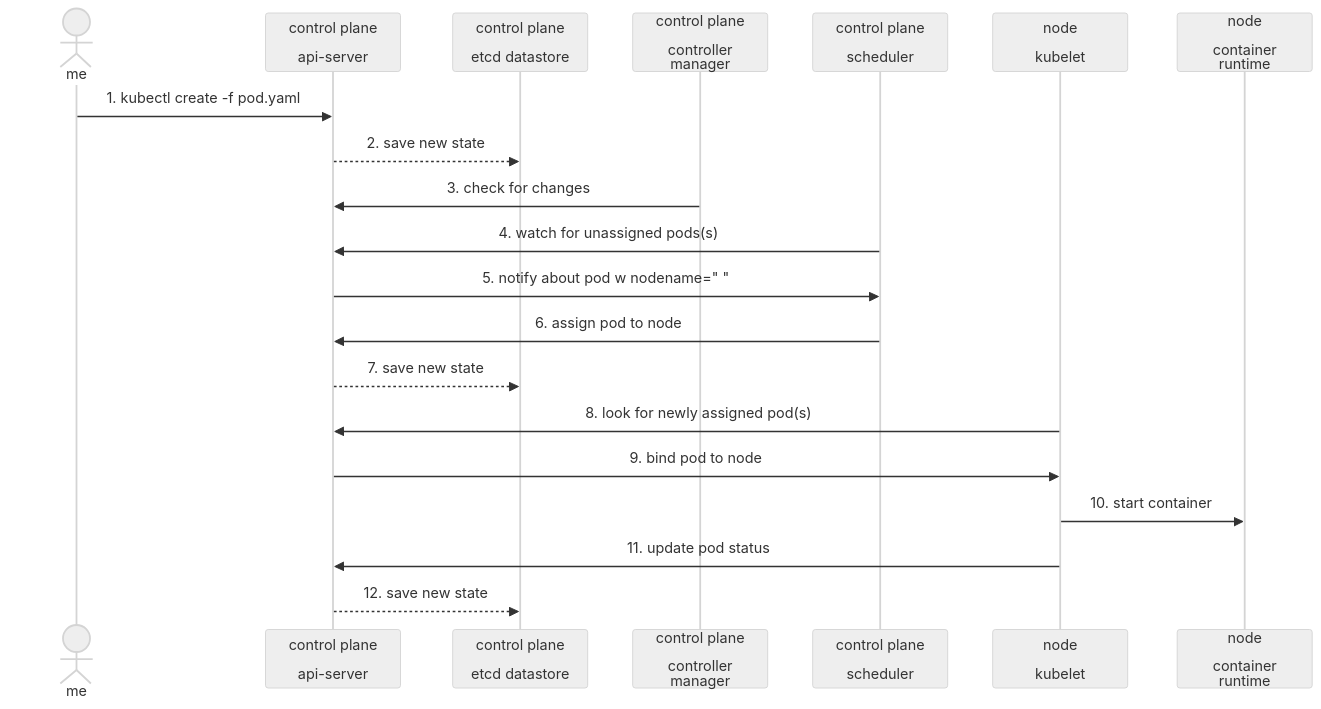
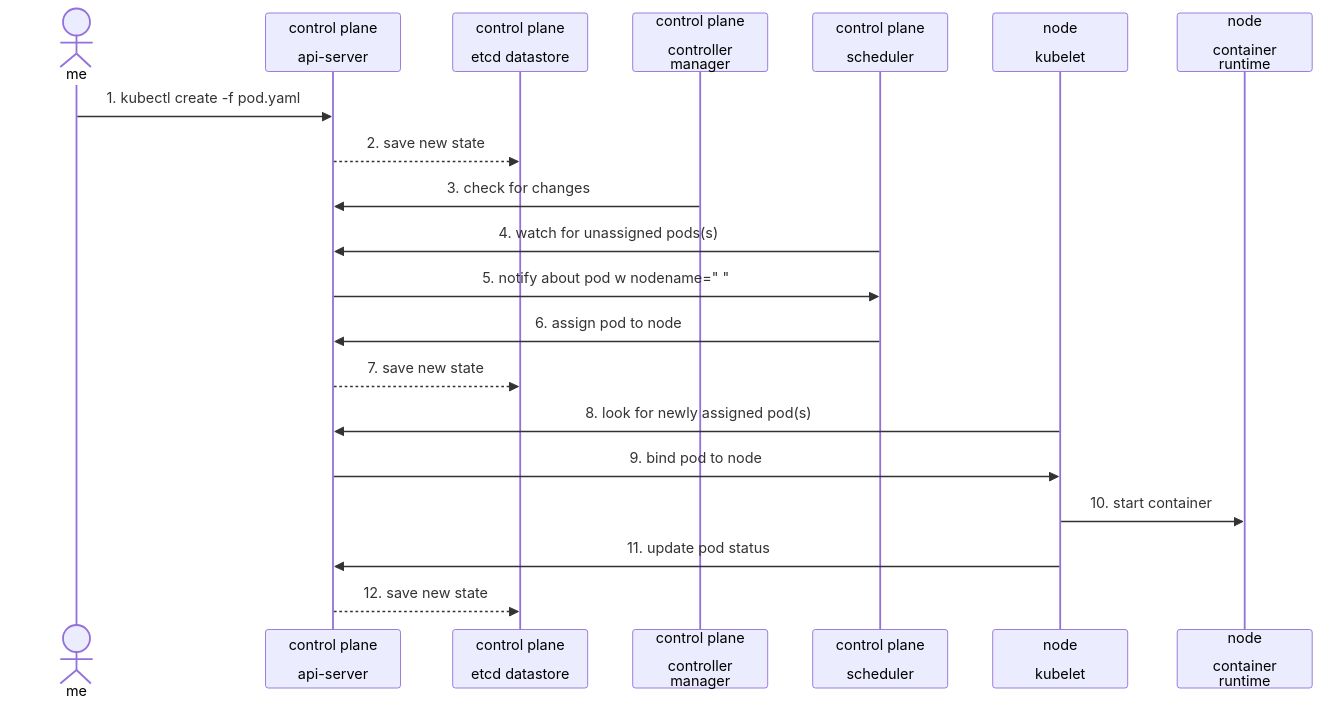
The diagram in dev/README.md (awslabs/mountpoint-s3-csi-driver), drawn with Mermaid before and after one commit. The commit also changed other lines of this file and 1 other file, not shown here.

Commit message:
Fix diagrams in dark mode

````diff
--- a/dev/README.md
+++ b/dev/README.md
@@ -60,23 +60,22 @@
 ```mermaid
-%%{init:{"theme":"neutral"}}%%
 sequenceDiagram
     actor me
     participant apiSrv as control plane<br><br>api-server
     participant etcd as control plane<br><br>etcd datastore
     participant cntrlMgr as control plane<br><br>controller<br>manager
     participant sched as control plane<br><br>scheduler
     participant kubelet as node<br><br>kubelet
     participant container as node<br><br>container<br>runtime
     me->>apiSrv: 1. kubectl create -f pod.yaml
     apiSrv-->>etcd: 2. save new state
     cntrlMgr->>apiSrv: 3. check for changes
     sched->>apiSrv: 4. watch for unassigned pods(s)
     apiSrv->>sched: 5. notify about pod w nodename=" "
     sched->>apiSrv: 6. assign pod to node
     apiSrv-->>etcd: 7. save new state
     kubelet->>apiSrv: 8. look for newly assigned pod(s)
     apiSrv->>kubelet: 9. bind pod to node
     kubelet->>container: 10. start container
     kubelet->>apiSrv: 11. update pod status
     apiSrv-->>etcd: 12. save new state
 ```
````
